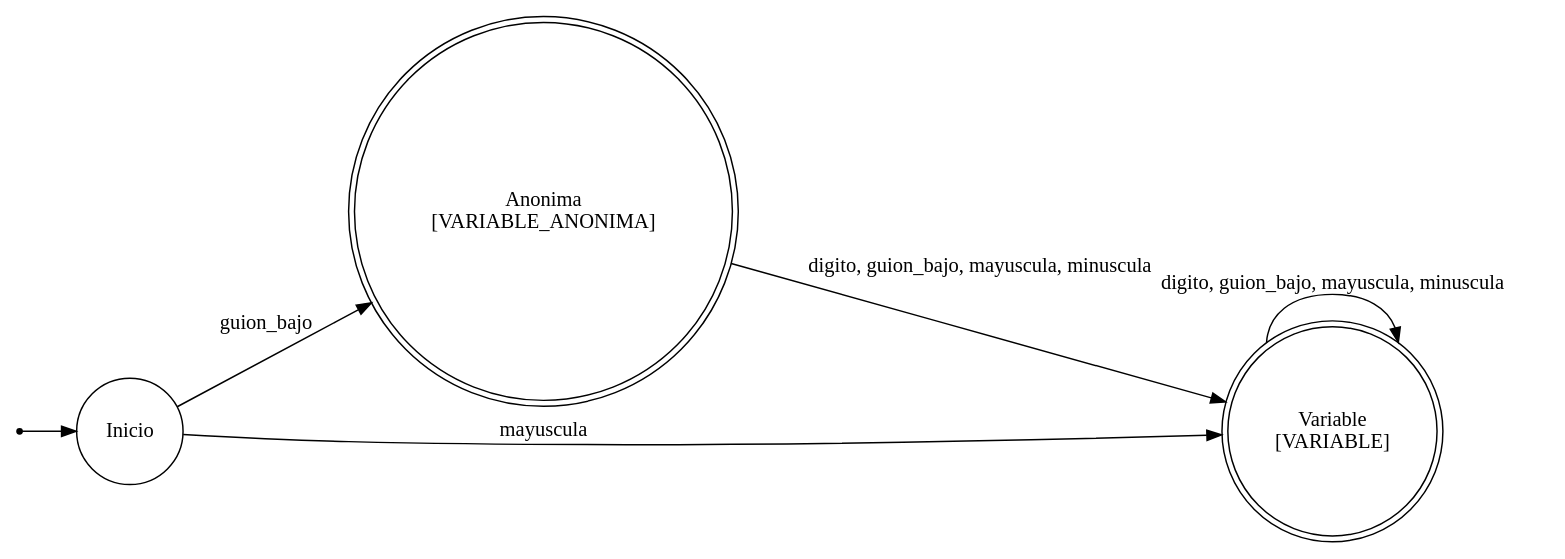
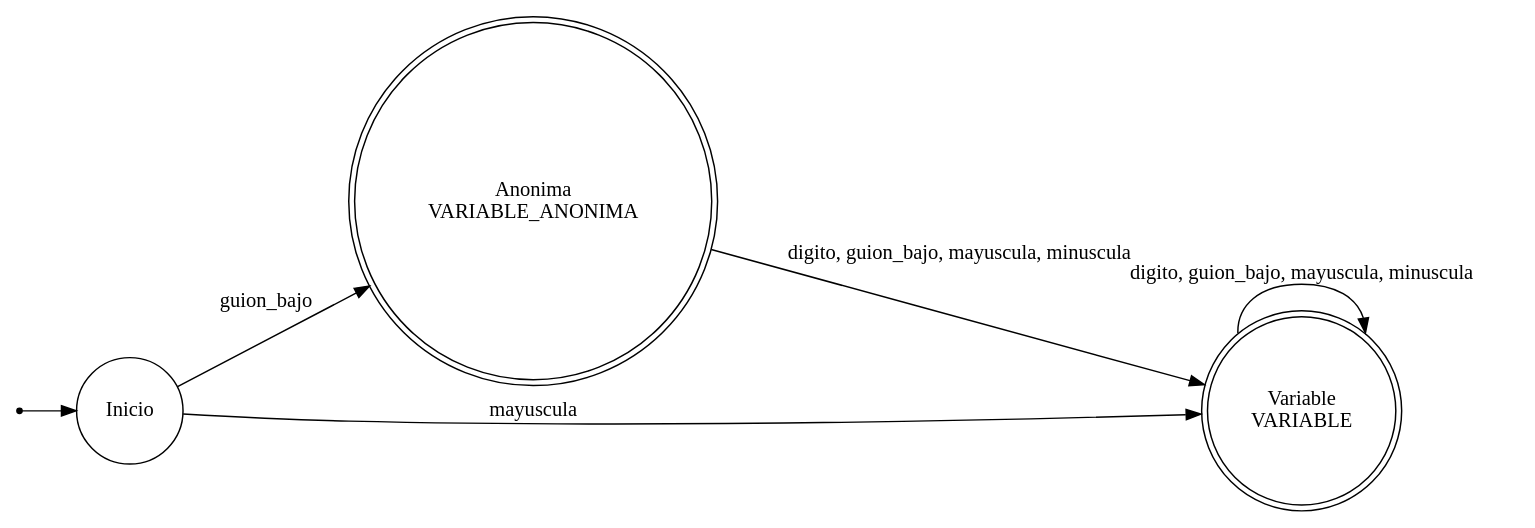
Before and after one commit to Insert-name-115/Tarea-de-teoria-de-computacion: the diagram in automatas/variable.dot, drawn with Graphviz. The commit also changed 16 other files, not shown here.

```diff
--- a/automatas/variable.dot
+++ b/automatas/variable.dot
@@ -1,12 +1,12 @@
 digraph VARIABLE {
 	rankdir=LR
 	"" [shape=point]
+	Anonima [label="Anonima\nVARIABLE_ANONIMA" shape=doublecircle]
+	Variable [label="Variable\nVARIABLE" shape=doublecircle]
 	Inicio [shape=circle]
-	Anonima [label="Anonima\n[VARIABLE_ANONIMA]" shape=doublecircle]
-	Variable [label="Variable\n[VARIABLE]" shape=doublecircle]
 	"" -> Inicio
 	Inicio -> Anonima [label=guion_bajo]
 	Inicio -> Variable [label=mayuscula]
 	Anonima -> Variable [label="digito, guion_bajo, mayuscula, minuscula"]
 	Variable -> Variable [label="digito, guion_bajo, mayuscula, minuscula"]
 }
```
